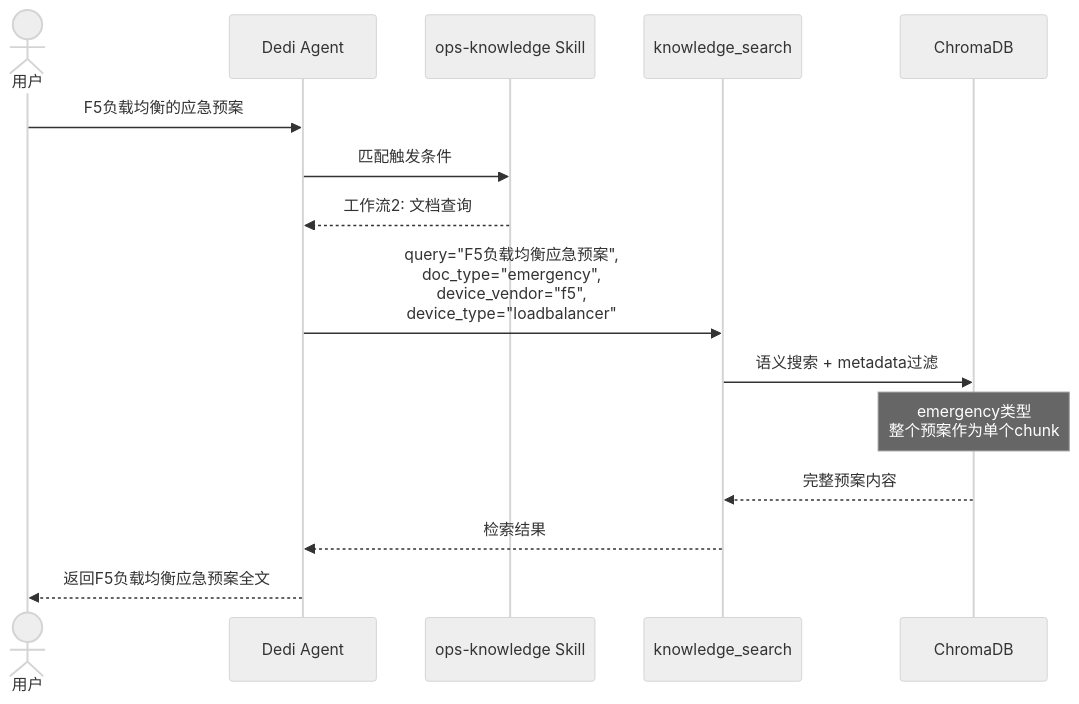
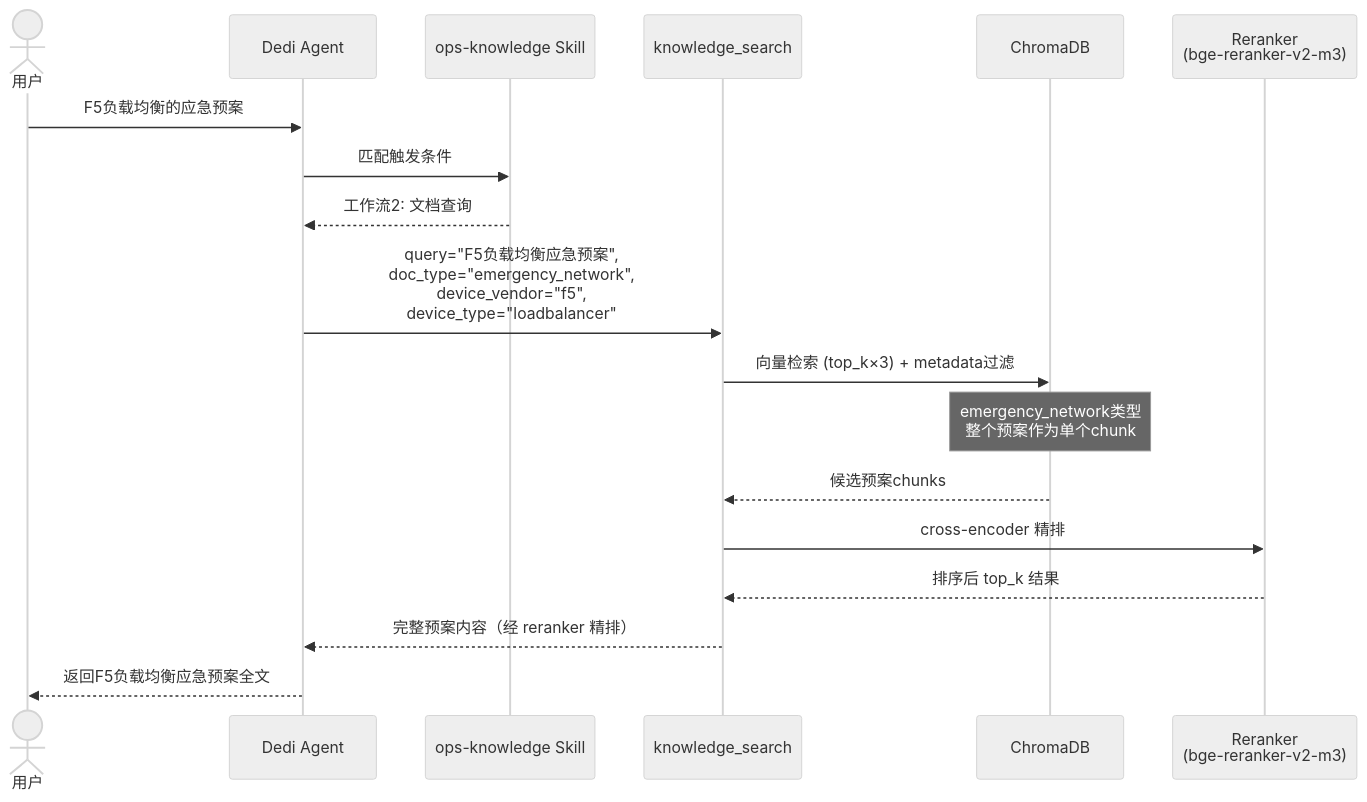
Before and after one commit to Matthewyin/deer-flow: diagram 13 of 14 in docs/ops-knowledge-architecture.md, drawn with Mermaid (neutral theme). The commit also changed other lines of this file and 14 other files, not shown here.

````diff
--- a/docs/ops-knowledge-architecture.md
+++ b/docs/ops-knowledge-architecture.md
@@ -641,18 +680,21 @@
 ```mermaid
 sequenceDiagram
     actor User as 用户
     participant Agent as Dedi Agent
     participant Skill as ops-knowledge Skill
     participant Search as knowledge_search
     participant RAG as ChromaDB
+    participant RR as Reranker<br/>(bge-reranker-v2-m3)
 
     User->>Agent: F5负载均衡的应急预案
     Agent->>Skill: 匹配触发条件
     Skill-->>Agent: 工作流2: 文档查询
-    Agent->>Search: query="F5负载均衡应急预案",<br/>doc_type="emergency",<br/>device_vendor="f5",<br/>device_type="loadbalancer"
-    Search->>RAG: 语义搜索 + metadata过滤
-    Note over RAG: emergency类型<br/>整个预案作为单个chunk
-    RAG-->>Search: 完整预案内容
-    Search-->>Agent: 检索结果
+    Agent->>Search: query="F5负载均衡应急预案",<br/>doc_type="emergency_network",<br/>device_vendor="f5",<br/>device_type="loadbalancer"
+    Search->>RAG: 向量检索 (top_k×3) + metadata过滤
+    Note over RAG: emergency_network类型<br/>整个预案作为单个chunk
+    RAG-->>Search: 候选预案chunks
+    Search->>RR: cross-encoder 精排
+    RR-->>Search: 排序后 top_k 结果
+    Search-->>Agent: 完整预案内容（经 reranker 精排）
     Agent-->>User: 返回F5负载均衡应急预案全文
 ```
````
